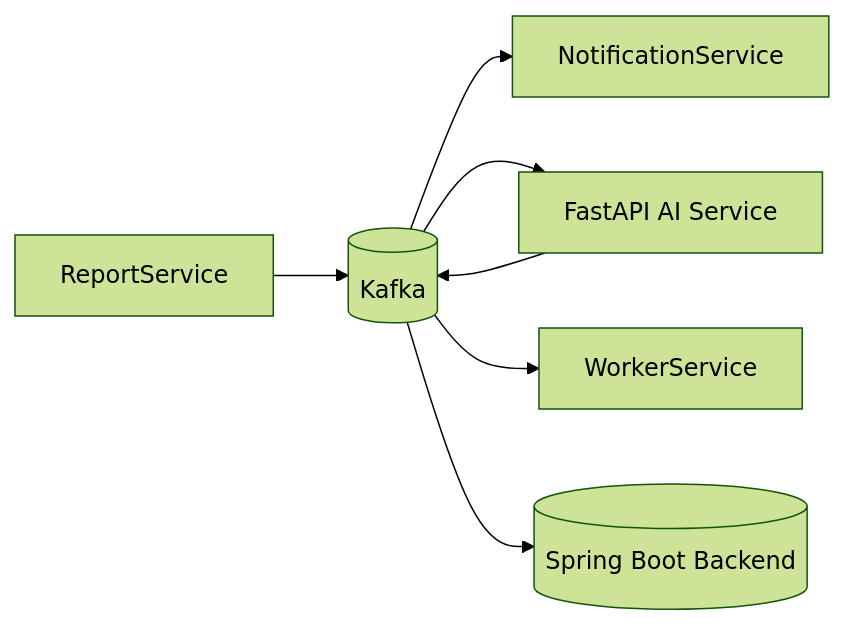
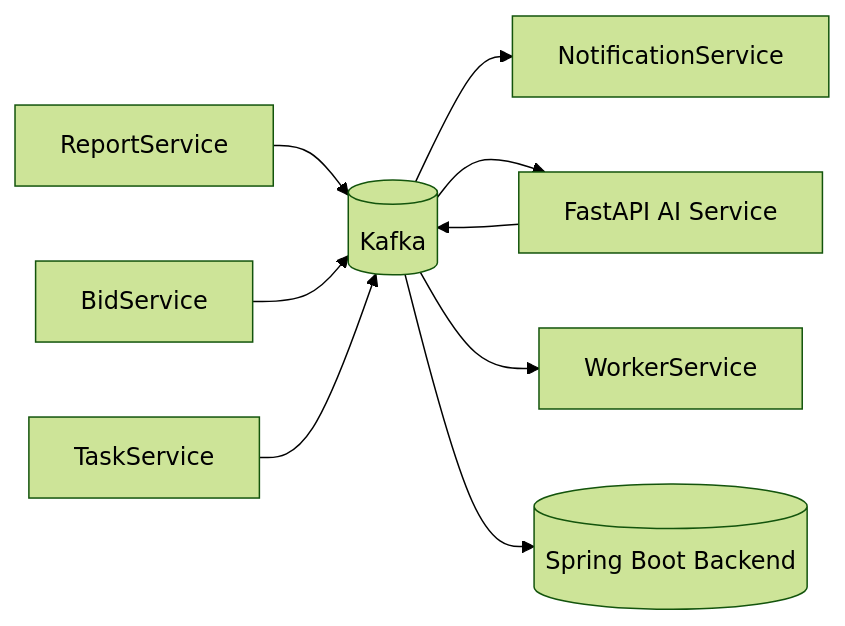
The tenth of 10 diagrams in README.md (OmkarDongre7772/SnapFix-Backend), drawn with Mermaid (forest theme) before and after one commit. The commit also changed other lines of this file and 29 other files, not shown here.

````diff
--- a/README.md
+++ b/README.md
@@ -556,15 +711,17 @@
 ```mermaid
 flowchart LR
 
     ReportService --> Kafka[(Kafka)]
+    BidService --> Kafka
+    TaskService --> Kafka
 
     Kafka --> NotificationService
     Kafka --> AIService
     Kafka --> WorkerService
 
     AIService[FastAPI AI Service]
 
     AIService --> Kafka
 
     Kafka --> Backend[(Spring Boot Backend)]
 ```
````
